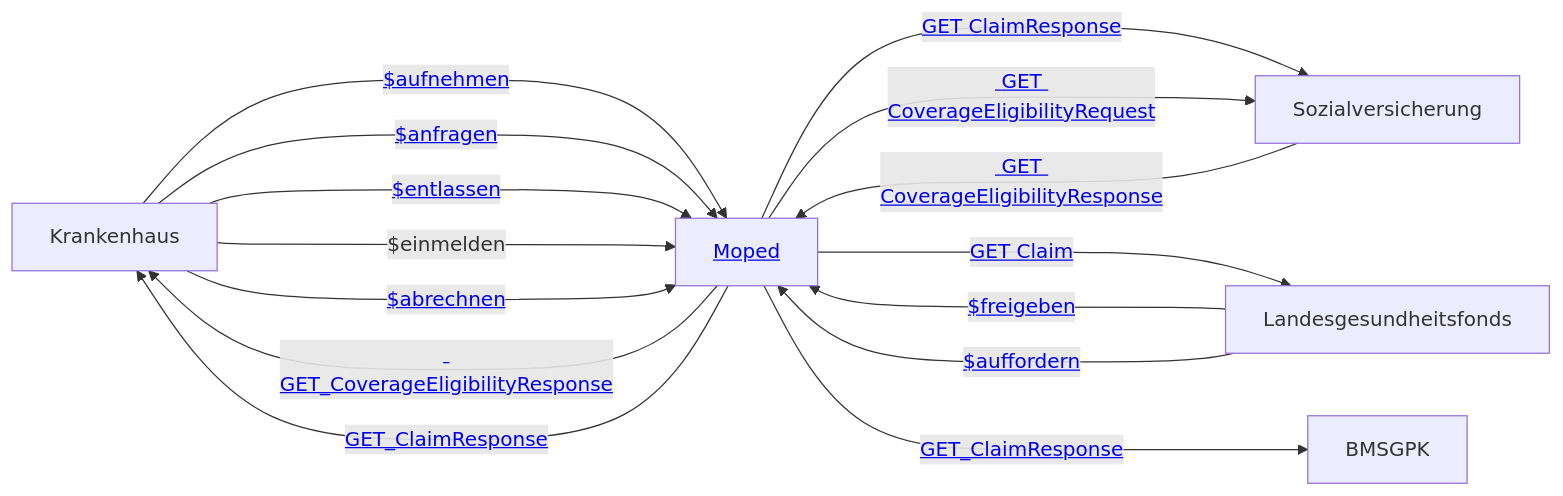
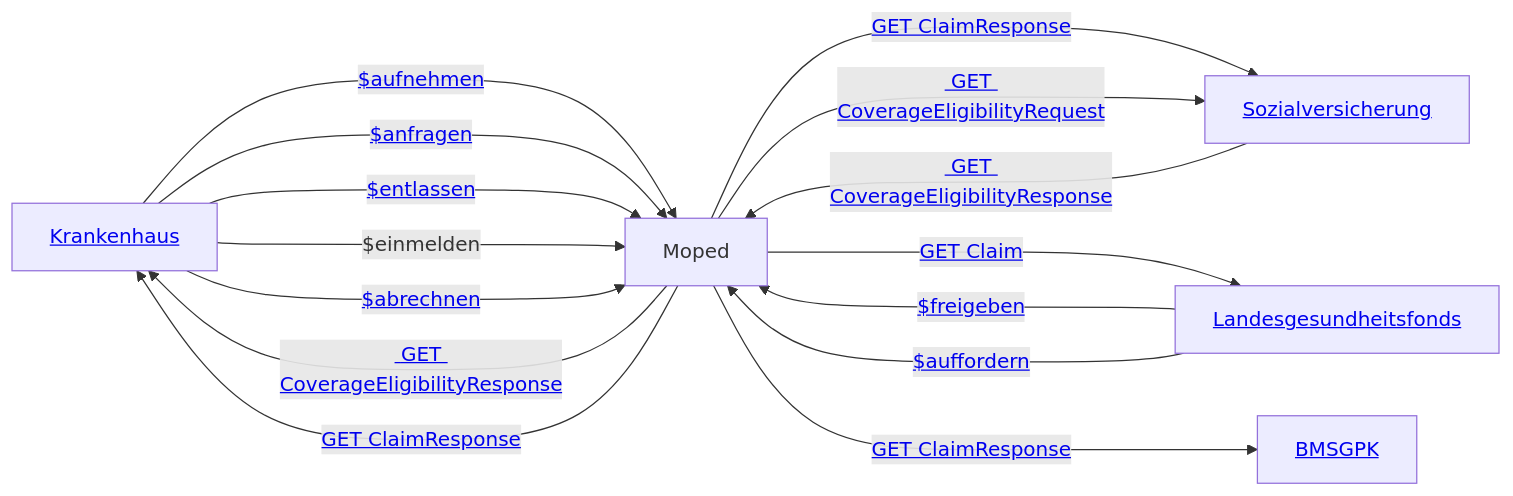
Before and after one commit to HL7Austria/ELGA-MOPED-R5: the first of 5 diagrams in input/pagecontent/actors.md, drawn with Mermaid. The commit also changed other lines of this file, not shown here.

```diff
--- a/input/pagecontent/actors.md
+++ b/input/pagecontent/actors.md
@@ -5,26 +6,26 @@
 <pre class="mermaid">
     graph LR
-    KH[Krankenhaus]
-    SV[Sozialversicherung]
-    BMSGPK[BMSGPK]
-    LGF[Landesgesundheitsfonds]
-    Moped[<a href="index.html">Moped</a>] 
+    KH[<a href="#actor-KH">Krankenhaus</a>]
+    SV[<a href="#actor-SV">Sozialversicherung</a>]
+    BMSGPK[<a href="#actor-BMSGPK">BMSGPK</a>]
+    LGF[<a href="#actor-LGF">Landesgesundheitsfonds</a>]
+    Moped[Moped] 
 
     KH --->|<a href="OperationDefinition-MOPED.Patient.Aufnehmen.html"> $aufnehmen</a>| Moped 
     KH -->|<a href="OperationDefinition-MOPED.CoverageEligibilityRequest.Anfragen.html"> $anfragen</a>| Moped
     KH -->|<a href="OperationDefinition-MOPED.Encounter.erfassen.html"> $entlassen</a>| Moped 
     KH -->|$einmelden| Moped
     KH -->|<a href="OperationDefinition-MOPED.Encounter.Abrechnen.html"> $abrechnen</a>| Moped
-    Moped -->|<a href="StructureDefinition-MOPEDCoverageEligibilityResponse.html"> GET_CoverageEligibilityResponse</a>| KH
-    Moped --->|<a href="StructureDefinition-MOPEDClaimResponse.html"> GET_ClaimResponse</a>| KH
+    Moped -->|<a href="StructureDefinition-MOPEDCoverageEligibilityResponse.html"> GET CoverageEligibilityResponse</a>| KH
+    Moped --->|<a href="StructureDefinition-MOPEDClaimResponse.html"> GET ClaimResponse</a>| KH
 
     Moped --->|<a href="StructureDefinition-MOPEDClaimResponse.html"> GET ClaimResponse</a>| SV
     Moped --->|<a href="StructureDefinition-MOPEDCoverageEligibilityRequest.html"> GET CoverageEligibilityRequest</a>| SV
     SV --->|<a href="StructureDefinition-MOPEDCoverageEligibilityResponse.html"> GET CoverageEligibilityResponse</a>| Moped
 
     Moped --->|<a href="StructureDefinition-MOPEDClaim.html"> GET Claim</a>| LGF
     LGF --->|<a href="OperationDefinition-MOPED.ClaimResponse.Freigeben.html"> $freigeben</a>| Moped
     LGF --->|<a href="OperationDefinition-MOPED.ClaimResponse.Auffordern.html"> $auffordern</a>| Moped
 
-    Moped --->|<a href="StructureDefinition-MOPEDClaimResponse.html"> GET_ClaimResponse</a>| BMSGPK 
+    Moped --->|<a href="StructureDefinition-MOPEDClaimResponse.html"> GET ClaimResponse</a>| BMSGPK 
 </pre>  
```
